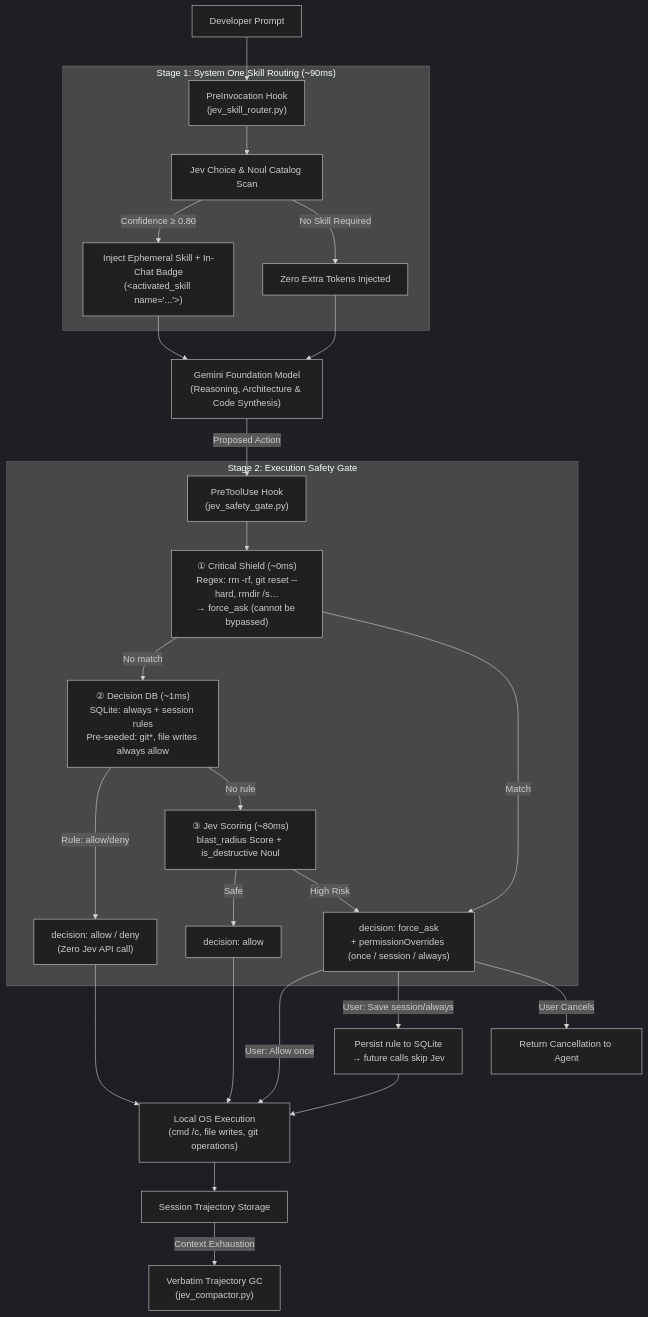
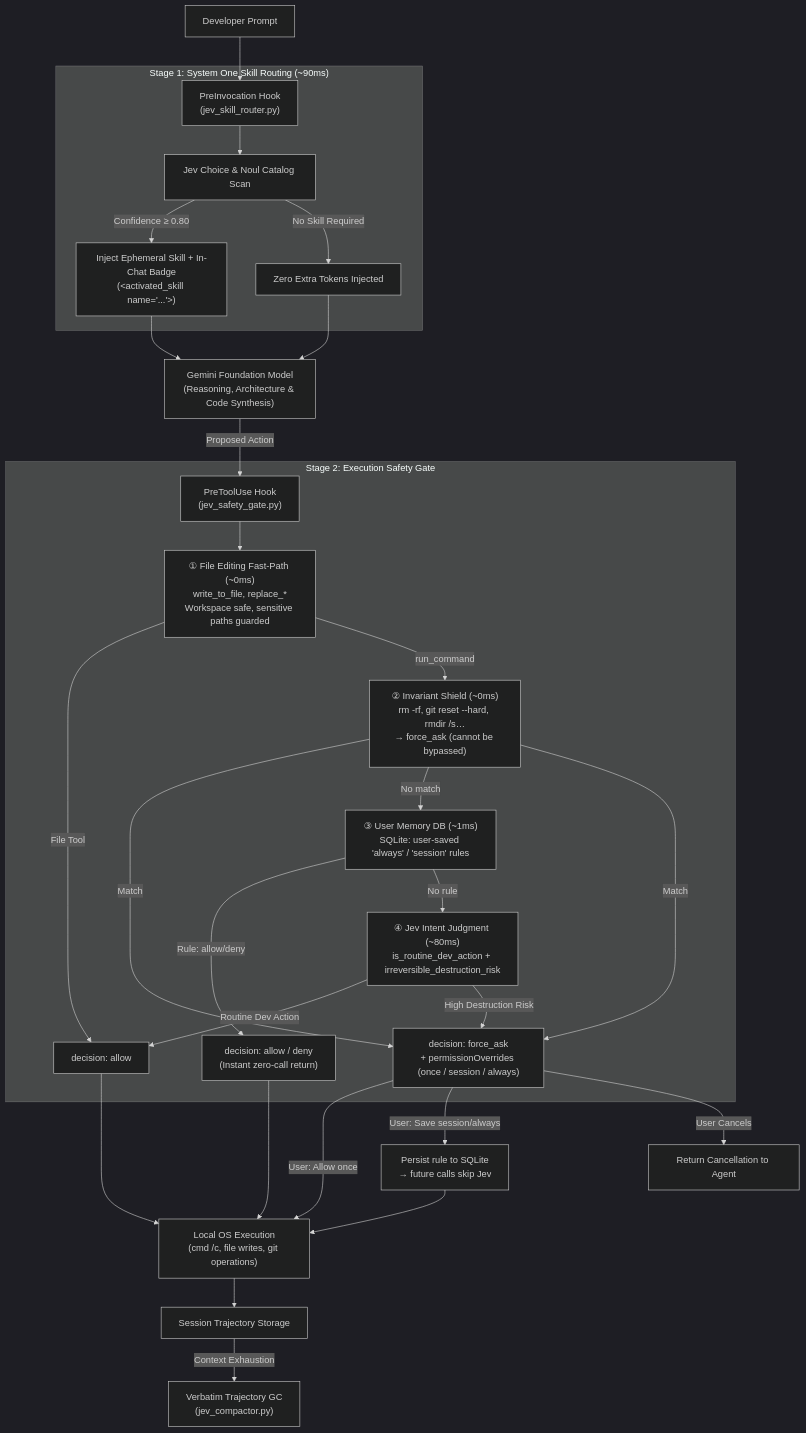
Before and after one commit to Ajasra/jev-hooks: the diagram in README.md, drawn with Mermaid (dark theme). The commit also changed 4 other files, not shown here.

Commit message:
refactor(safety): replace 54 hardcoded allow rules with Jev intent scoring and minimal invariant shield

````diff
--- a/README.md
+++ b/README.md
@@ -62,35 +62,38 @@
 ```mermaid
 flowchart TD
     UserPrompt["Developer Prompt"] --> Hook_PreInv["PreInvocation Hook<br/>(jev_skill_router.py)"]
 
     subgraph S1 ["Stage 1: System One Skill Routing (~90ms)"]
         Hook_PreInv --> JevChoice["Jev Choice & Noul Catalog Scan"]
         JevChoice -->|Confidence ≥ 0.80| InjectBadge["Inject Ephemeral Skill + In-Chat Badge<br/>(&lt;activated_skill name='...'&gt;)"]
         JevChoice -->|No Skill Required| CleanPrompt["Zero Extra Tokens Injected"]
     end
 
     InjectBadge --> LLM_Turn["Gemini Foundation Model<br/>(Reasoning, Architecture & Code Synthesis)"]
     CleanPrompt --> LLM_Turn
 
     LLM_Turn -->|Proposed Action| Hook_PreTool["PreToolUse Hook<br/>(jev_safety_gate.py)"]
 
     subgraph S2 ["Stage 2: Execution Safety Gate"]
-        Hook_PreTool --> CritShield["① Critical Shield (~0ms)<br/>Regex: rm -rf, git reset --hard, rmdir /s…<br/>→ force_ask (cannot be bypassed)"]
-        CritShield -->|No match| DBLookup["② Decision DB (~1ms)<br/>SQLite: always + session rules<br/>Pre-seeded: git*, file writes always allow"]
-        DBLookup -->|Rule: allow/deny| DBResult["decision: allow / deny<br/>(Zero Jev API call)"]
-        DBLookup -->|No rule| JevBlast["③ Jev Scoring (~80ms)<br/>blast_radius Score + is_destructive Noul"]
-        JevBlast -->|Safe| AutoAllow["decision: allow"]
-        JevBlast -->|High Risk| ForceAsk["decision: force_ask<br/>+ permissionOverrides (once / session / always)"]
+        Hook_PreTool --> FileFast["① File Editing Fast-Path (~0ms)<br/>write_to_file, replace_*<br/>Workspace safe, sensitive paths guarded"]
+        FileFast -->|File Tool| AutoAllow["decision: allow"]
+        FileFast -->|run_command| CritShield["② Invariant Shield (~0ms)<br/>rm -rf, git reset --hard, rmdir /s…<br/>→ force_ask (cannot be bypassed)"]
+        CritShield -->|Match| ForceAsk["decision: force_ask<br/>+ permissionOverrides (once / session / always)"]
+        CritShield -->|No match| DBLookup["③ User Memory DB (~1ms)<br/>SQLite: user-saved 'always' / 'session' rules"]
+        DBLookup -->|Rule: allow/deny| DBResult["decision: allow / deny<br/>(Instant zero-call return)"]
+        DBLookup -->|No rule| JevBlast["④ Jev Intent Judgment (~80ms)<br/>is_routine_dev_action + irreversible_destruction_risk"]
+        JevBlast -->|Routine Dev Action| AutoAllow
+        JevBlast -->|High Destruction Risk| ForceAsk
     end
 
     CritShield -->|Match| ForceAsk
     DBResult --> ToolExec["Local OS Execution<br/>(cmd /c, file writes, git operations)"]
     AutoAllow --> ToolExec
     ForceAsk -->|User: Allow once| ToolExec
     ForceAsk -->|User: Save session/always| SaveDB["Persist rule to SQLite<br/>→ future calls skip Jev"]
     SaveDB --> ToolExec
     ForceAsk -->|User Cancels| AbortAction["Return Cancellation to Agent"]
 
     ToolExec --> SessionStore["Session Trajectory Storage"]
     SessionStore -->|Context Exhaustion| JevCompactor["Verbatim Trajectory GC<br/>(jev_compactor.py)"]
 ```
````
